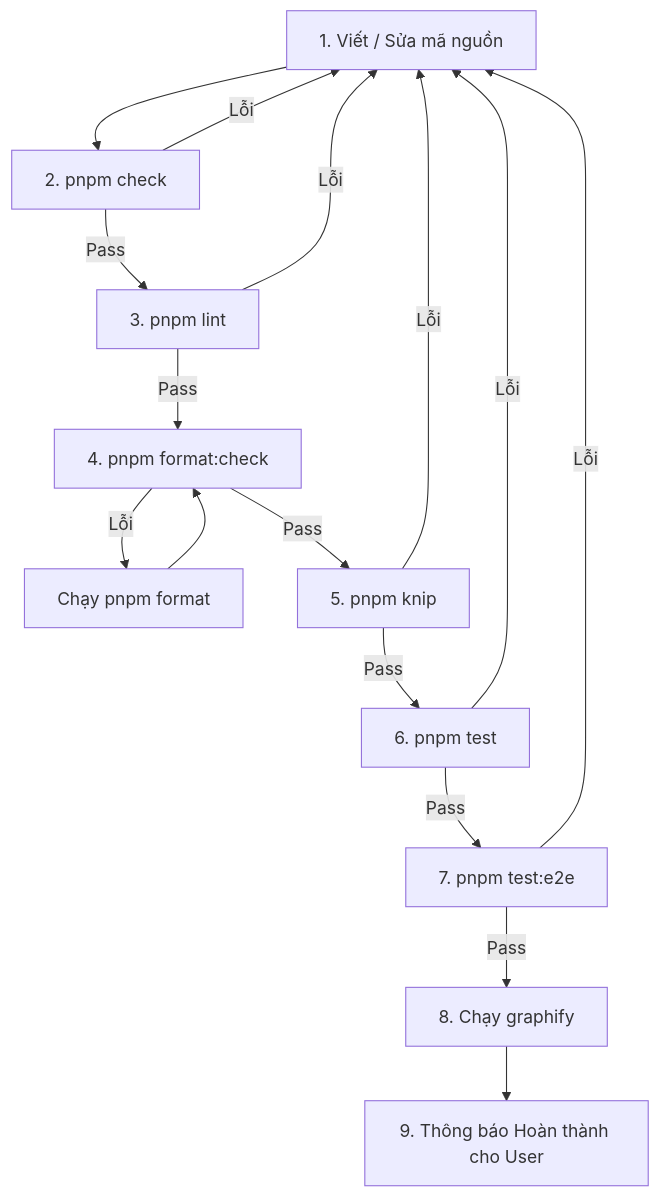
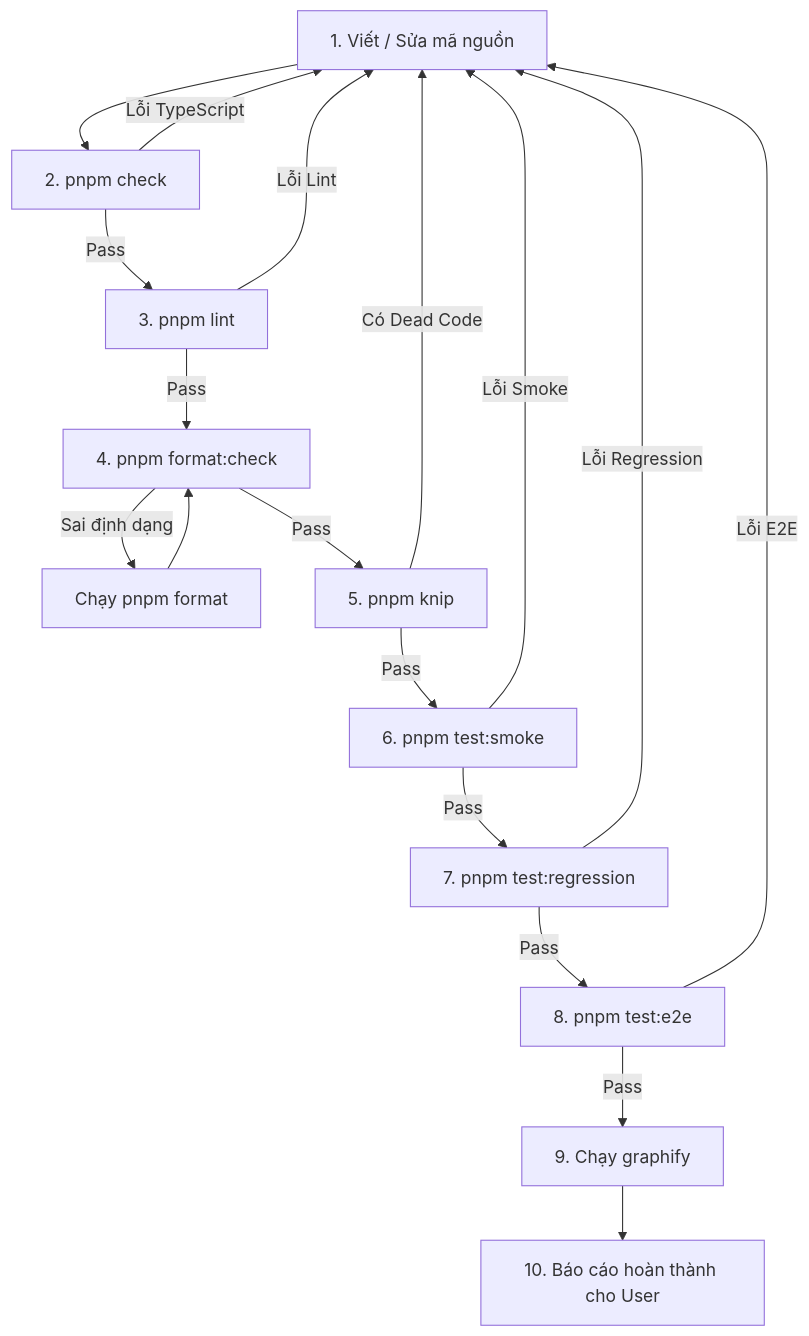
Before and after one commit to akhademik/ebook-tools: the diagram in DEVELOPMENT_WORKFLOW.md, drawn with Mermaid. The commit also changed other lines of this file and 12 other files, not shown here.

Commit message:
feat(testing): implement 4-tier testing system with smoke, regression, stress, and e2e output inspection

````diff
--- a/DEVELOPMENT_WORKFLOW.md
+++ b/DEVELOPMENT_WORKFLOW.md
@@ -26,17 +112,19 @@
 ```mermaid
 flowchart TD
     A[1. Viết / Sửa mã nguồn] --> B[2. pnpm check]
-    B -->|Lỗi| A
+    B -->|Lỗi TypeScript| A
     B -->|Pass| C[3. pnpm lint]
-    C -->|Lỗi| A
+    C -->|Lỗi Lint| A
     C -->|Pass| D[4. pnpm format:check]
-    D -->|Lỗi| E_FMT[Chạy pnpm format] --> D
+    D -->|Sai định dạng| E_FMT[Chạy pnpm format] --> D
     D -->|Pass| E[5. pnpm knip]
-    E -->|Lỗi| A
-    E -->|Pass| F[6. pnpm test]
-    F -->|Lỗi| A
-    F -->|Pass| G[7. pnpm test:e2e]
-    G -->|Lỗi| A
-    G -->|Pass| H[8. Chạy graphify]
-    H --> I[9. Thông báo Hoàn thành cho User]
+    E -->|Có Dead Code| A
+    E -->|Pass| F[6. pnpm test:smoke]
+    F -->|Lỗi Smoke| A
+    F -->|Pass| G[7. pnpm test:regression]
+    G -->|Lỗi Regression| A
+    G -->|Pass| H[8. pnpm test:e2e]
+    H -->|Lỗi E2E| A
+    H -->|Pass| I[9. Chạy graphify]
+    I --> J[10. Báo cáo hoàn thành cho User]
 ```
````
